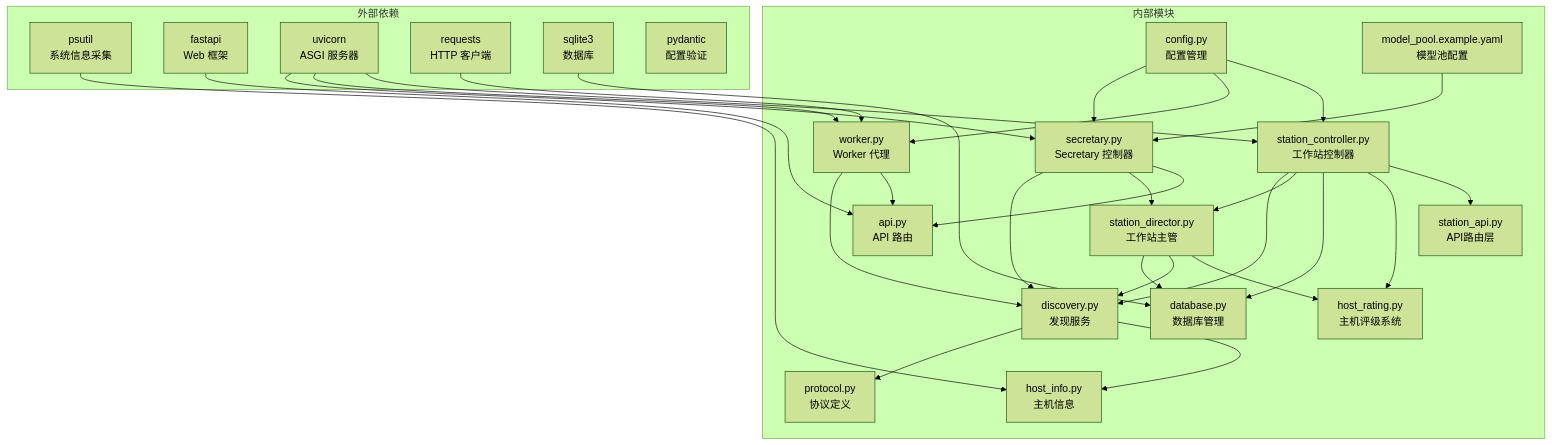
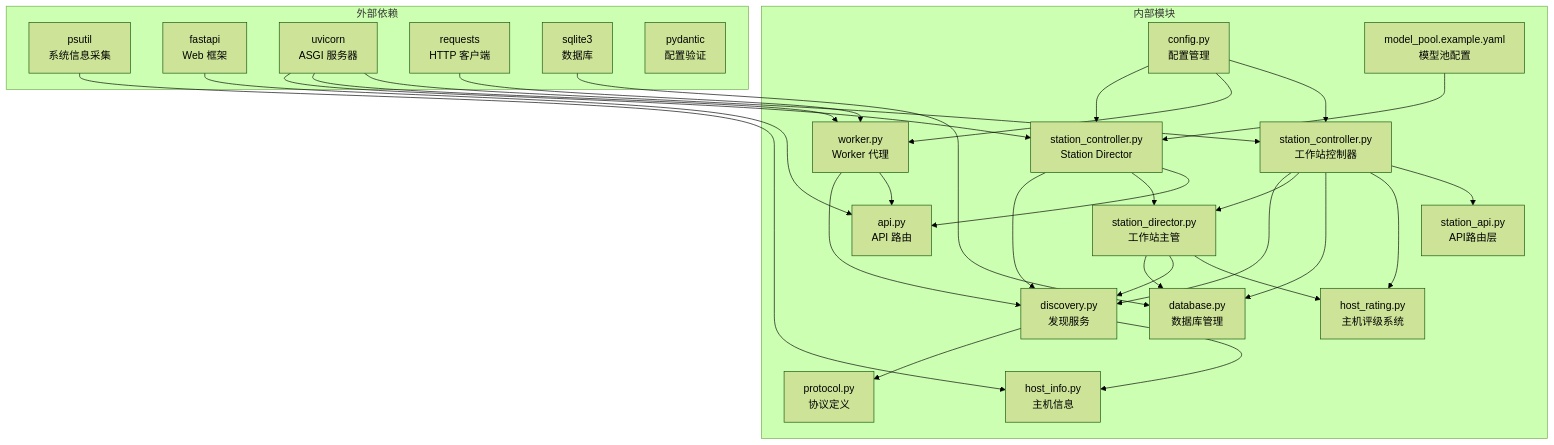
Before and after one commit to targalian/Personal-distributed-workstation: diagram 17 of 18 in .qoder/repowiki/zh/content/核心模块/设备发现系统.md, drawn with Mermaid (forest theme). The commit also changed other lines of this file and 63 other files, not shown here.

Commit message:
docs(station): 同步 repo wiki 至 station_controller/station_api 架构

````diff
--- a/.qoder/repowiki/zh/content/核心模块/设备发现系统.md
+++ b/.qoder/repowiki/zh/content/核心模块/设备发现系统.md
@@ -794,52 +794,52 @@
 ```mermaid
 graph TB
 subgraph "外部依赖"
 A[psutil<br/>系统信息采集]
 B[fastapi<br/>Web 框架]
 C[uvicorn<br/>ASGI 服务器]
 D[requests<br/>HTTP 客户端]
 E[sqlite3<br/>数据库]
 F[pydantic<br/>配置验证]
 end
 subgraph "内部模块"
 G[discovery.py<br/>发现服务]
 H[protocol.py<br/>协议定义]
 I[host_info.py<br/>主机信息]
 J[config.py<br/>配置管理]
 K[api.py<br/>API 路由]
-L[secretary.py<br/>Secretary 控制器]
+L[station_controller.py<br/>Station Director]
 M[worker.py<br/>Worker 代理]
 N[station_controller.py<br/>工作站控制器]
 O[station_director.py<br/>工作站主管]
 P[database.py<br/>数据库管理]
 Q[host_rating.py<br/>主机评级系统]
 R[model_pool.example.yaml<br/>模型池配置]
 S[station_api.py<br/>API路由层]
 end
 A --> I
 B --> K
 C --> L
 C --> M
 C --> N
 D --> M
 E --> P
 G --> H
 G --> I
 L --> G
 L --> O
 M --> G
 L --> K
 M --> K
 N --> G
 N --> O
 N --> P
 N --> Q
 N --> S
 J --> L
 J --> M
 J --> N
 O --> P
 O --> G
 O --> Q
 R --> L
 ```
````
